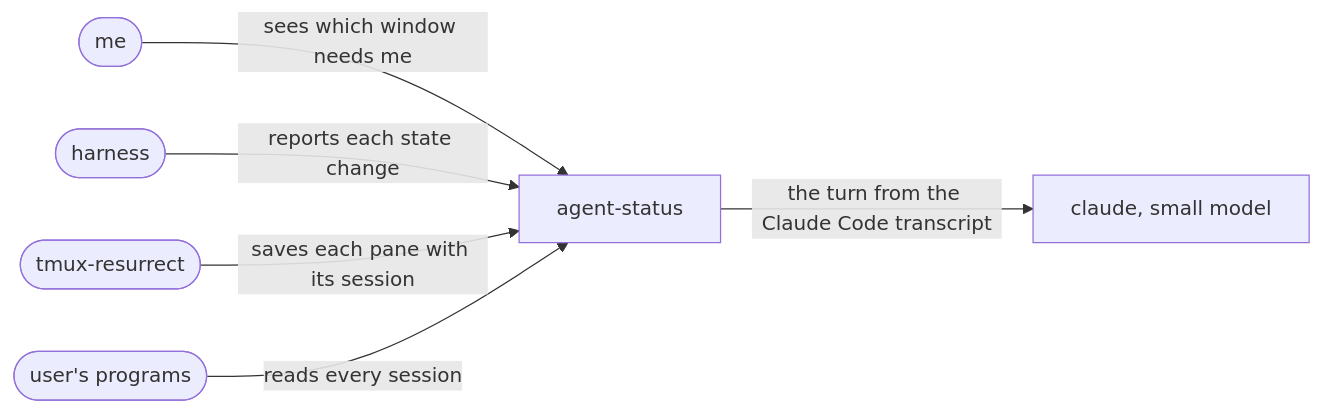
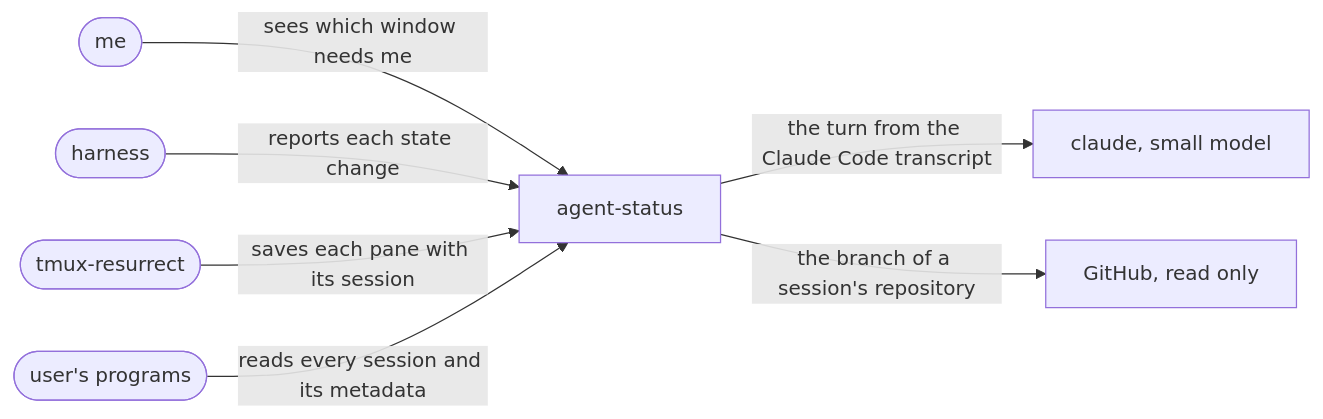
One commit to jvrsantacruz/agent-status changed the diagram in docs/systems/agent-status/agent-status-intent.md. Above: the diagram before and after it, drawn with Mermaid. The commit also changed other lines of this file and 5 other files, not shown here.

````diff
--- a/docs/systems/agent-status/agent-status-intent.md
+++ b/docs/systems/agent-status/agent-status-intent.md
@@ -18,8 +19,9 @@
 ```mermaid
 flowchart LR
   me([me]) -- sees which window needs me --> sys[agent-status]
   agent([harness]) -- reports each state change --> sys
   resurrect([tmux-resurrect]) -- saves each pane with its session --> sys
-  reader([user's programs]) -- reads every session --> sys
+  reader([user's programs]) -- reads every session and its metadata --> sys
   sys -- the turn from the Claude Code transcript --> claude[claude, small model]
+  sys -- the branch of a session's repository --> gh[GitHub, read only]
 ```
````
